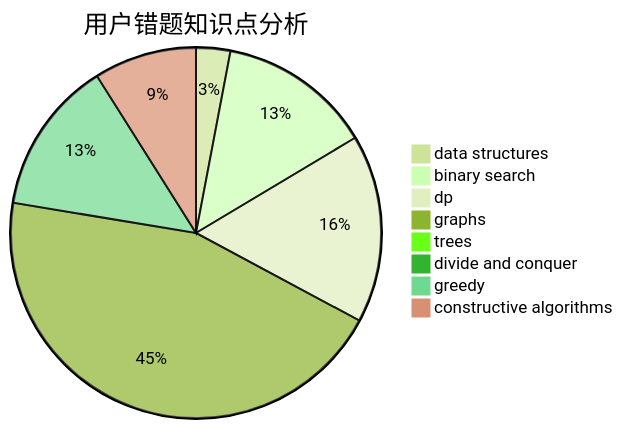
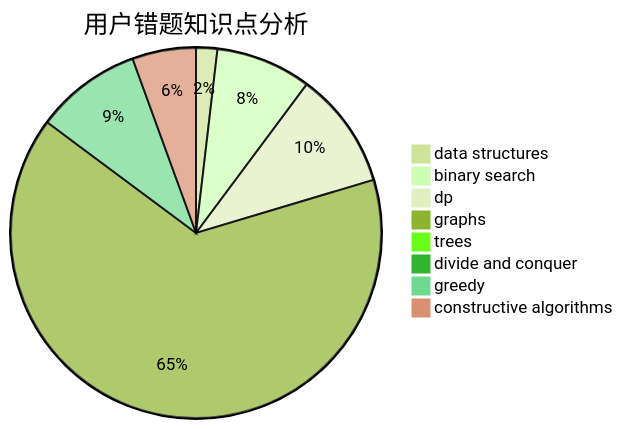
One commit to sherpahu/cfrs.github.io changed the third of 3 diagrams in docs/user/u448.md. Above: the diagram before and after it, drawn with Mermaid (forest theme). The commit also changed other lines of this file and 2770 other files, not shown here.

````diff
--- a/docs/user/u448.md
+++ b/docs/user/u448.md
@@ -36,11 +36,11 @@
 ```mermaid
 pie title 用户错题知识点分析
     "data structures" :  2
     "binary search" :  9
     "dp" :  11
-    "graphs" :  30
+    "graphs" :  70
     "trees" :  0
     "divide and conquer" :  0
-    "greedy" :  9
+    "greedy" :  10
     "constructive algorithms" :  6
 ```
````
